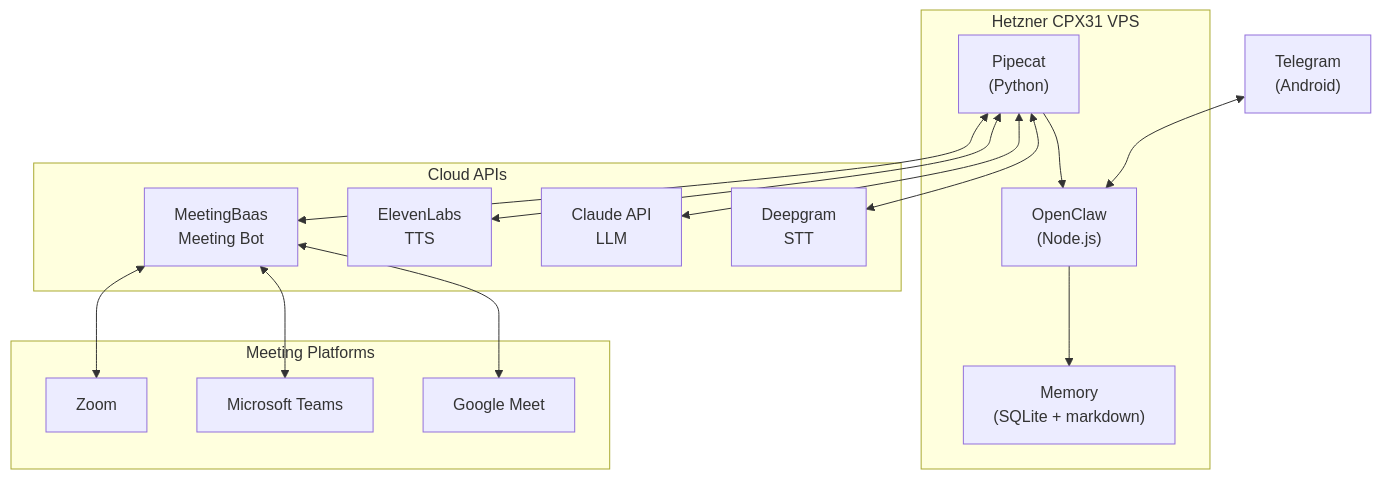
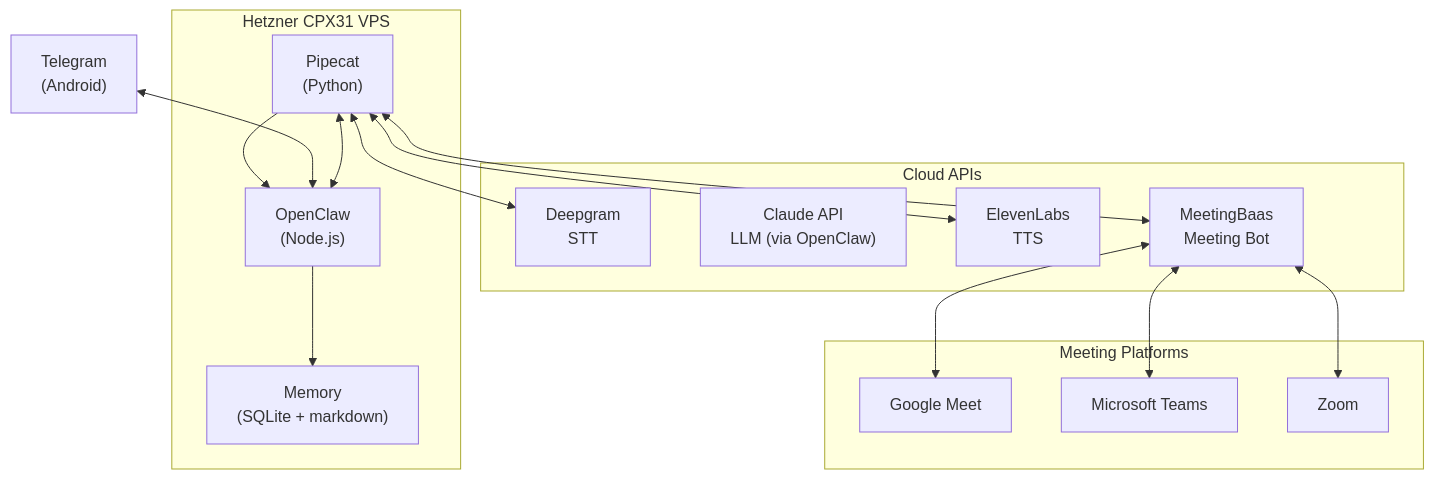
The first of 4 diagrams in docs/architecture.md (inputoutputcode/honk-assist), drawn with Mermaid before and after one commit. The commit also changed other lines of this file and 3 other files, not shown here.

First line of the commit message:
docs: add OpenClaw bridge spec, audio issues, free tier notes

````diff
--- a/docs/architecture.md
+++ b/docs/architecture.md
@@ -7,33 +7,33 @@
 ```mermaid
 graph TB
     subgraph VPS["Hetzner CPX31 VPS"]
         OC["OpenClaw<br/>(Node.js)"]
         PC["Pipecat<br/>(Python)"]
         MEM["Memory<br/>(SQLite + markdown)"]
         
         OC --> MEM
         PC --> OC
     end
     
     subgraph Cloud["Cloud APIs"]
         DG["Deepgram<br/>STT"]
-        AN["Claude API<br/>LLM"]
+        AN["Claude API<br/>LLM (via OpenClaw)"]
         EL["ElevenLabs<br/>TTS"]
         MB["MeetingBaas<br/>Meeting Bot"]
     end
     
     subgraph Platforms["Meeting Platforms"]
         GM["Google Meet"]
         MS["Microsoft Teams"]
         ZM["Zoom"]
     end
     
     TG["Telegram<br/>(Android)"] <--> OC
     PC <--> DG
-    PC <--> AN
+    PC <--> OC
     PC <--> EL
     PC <--> MB
     MB <--> GM
     MB <--> MS
     MB <--> ZM
 ```
````
